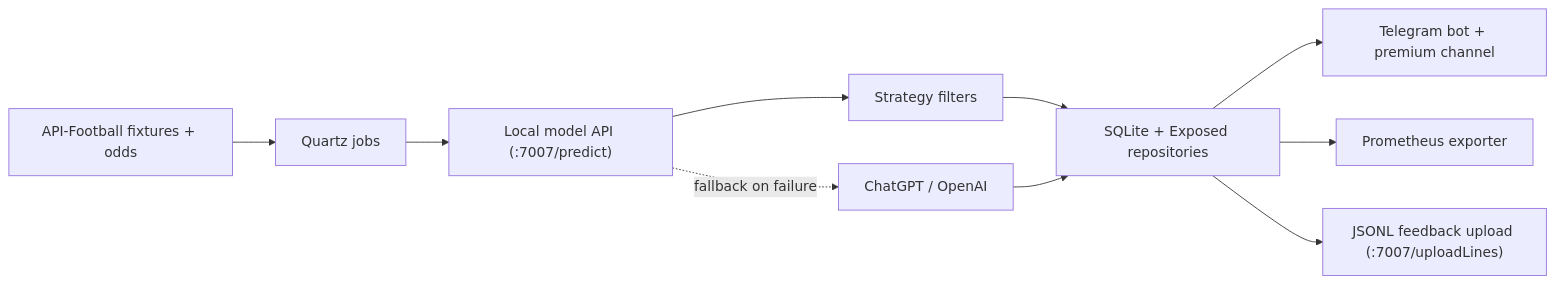
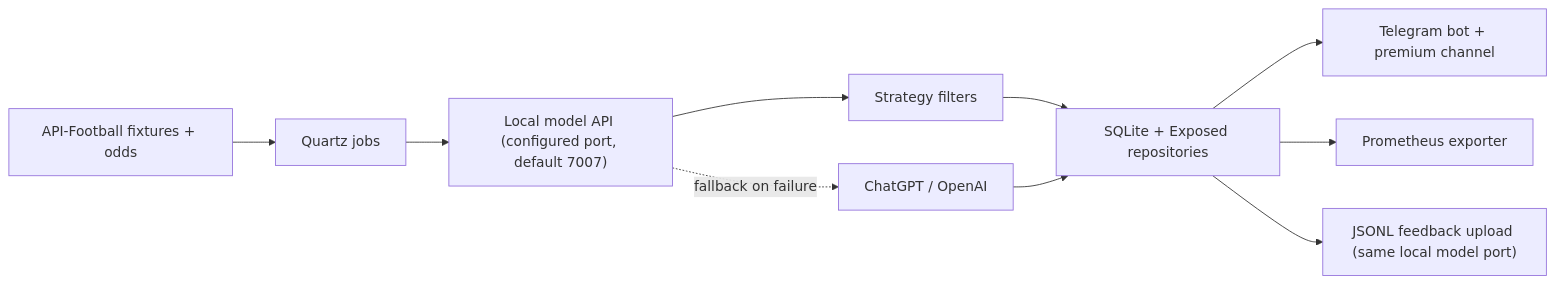
The diagram in README.md (anry88/BetPredictionBot), drawn with Mermaid before and after one commit. The commit also changed other lines of this file and 13 other files, not shown here.

Commit message:
Make local model port configurable

````diff
--- a/README.md
+++ b/README.md
@@ -35,12 +35,12 @@
 ```mermaid
 flowchart LR
     A["API-Football fixtures + odds"] --> B["Quartz jobs"]
-    B --> C["Local model API (:7007/predict)"]
+    B --> C["Local model API (configured port, default 7007)"]
     C --> D["Strategy filters"]
     C -. fallback on failure .-> E["ChatGPT / OpenAI"]
     D --> F["SQLite + Exposed repositories"]
     E --> F
     F --> G["Telegram bot + premium channel"]
     F --> H["Prometheus exporter"]
-    F --> I["JSONL feedback upload (:7007/uploadLines)"]
+    F --> I["JSONL feedback upload (same local model port)"]
 ```
````
